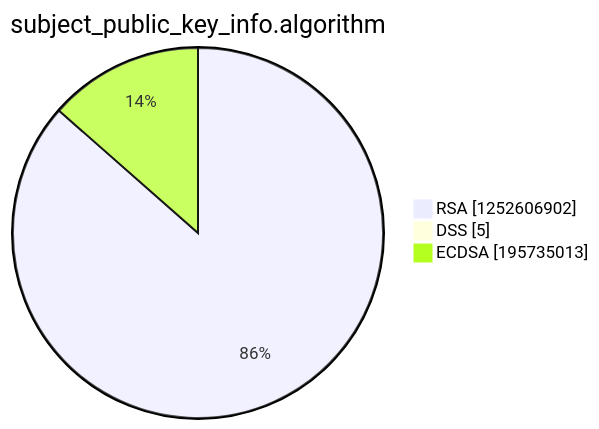
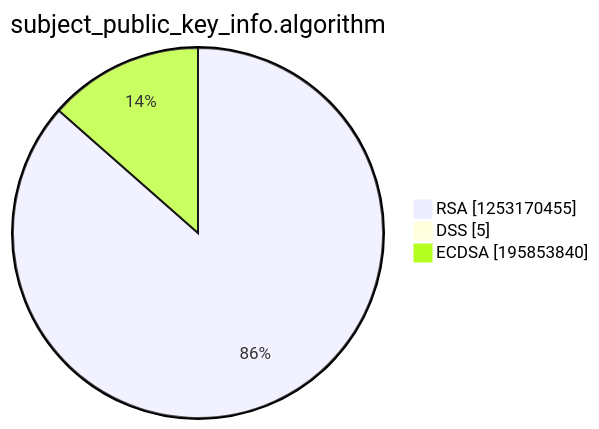
Before and after one commit to christiankrug/ctmonitor_visualization: the third of 15 diagrams in argon2022/README.md, drawn with Mermaid. The commit also changed other lines of this file, not shown here.

````diff
--- a/argon2022/README.md
+++ b/argon2022/README.md
@@ -14,7 +14,7 @@
 ```mermaid
 pie showData
 title subject_public_key_info.algorithm
-"RSA" :1252606902
+"RSA" :1253170455
 "DSS" :5
-"ECDSA" :195735013
+"ECDSA" :195853840
 ```
````
